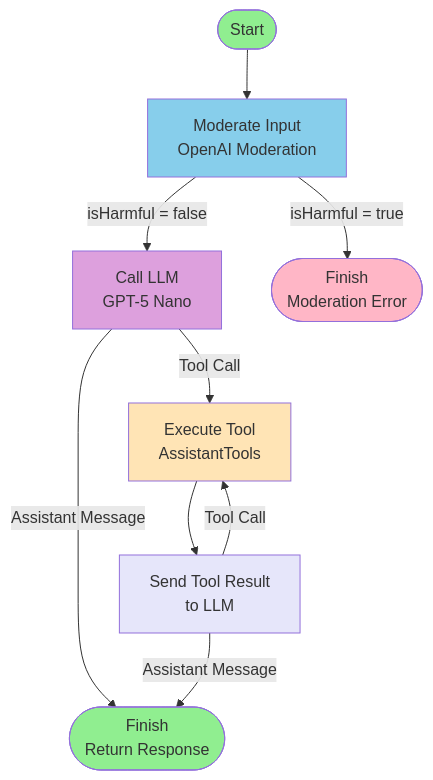
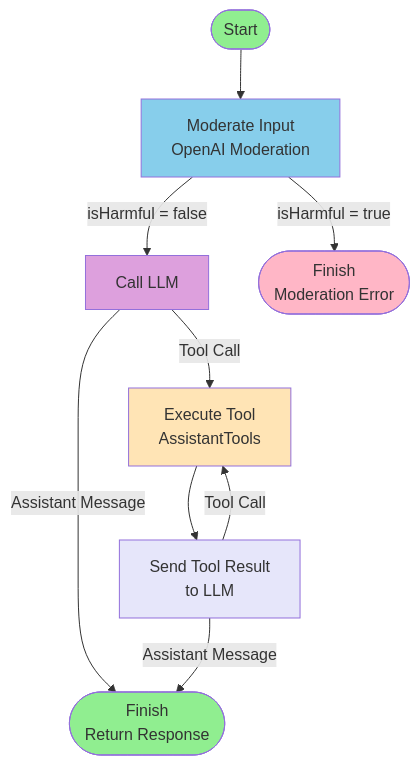
The diagram in README.md (kpavlov/koog-spring-boot-assistant), drawn with Mermaid before and after one commit. The commit also changed other lines of this file and 18 other files, not shown here.

````diff
--- a/README.md
+++ b/README.md
@@ -171,19 +171,19 @@
 ```mermaid
 graph TD
       Start([Start]) --> Moderate[Moderate Input<br/>OpenAI Moderation]
-      Moderate -->|isHarmful = false| CallLLM[Call LLM<br/>GPT-5 Nano]
+      Moderate -->|isHarmful = false| CallLLM[Call LLM]
       Moderate -->|isHarmful = true| ErrorFinish([Finish<br/>Moderation Error])
       CallLLM -->|Assistant Message| Finish([Finish<br/>Return Response])
       CallLLM -->|Tool Call| ExecuteTool[Execute Tool<br/>AssistantTools]
       ExecuteTool --> SendToolResult[Send Tool Result<br/>to LLM]
       SendToolResult -->|Assistant Message| Finish
       SendToolResult -->|Tool Call| ExecuteTool
 
       style Start fill:#90EE90
       style Finish fill:#90EE90
       style ErrorFinish fill:#FFB6C6
       style Moderate fill:#87CEEB
       style CallLLM fill:#DDA0DD
       style ExecuteTool fill:#FFE4B5
       style SendToolResult fill:#E6E6FA
 ```
````
